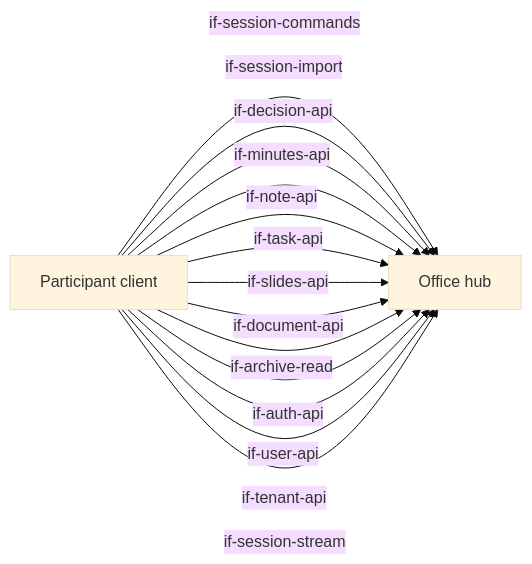
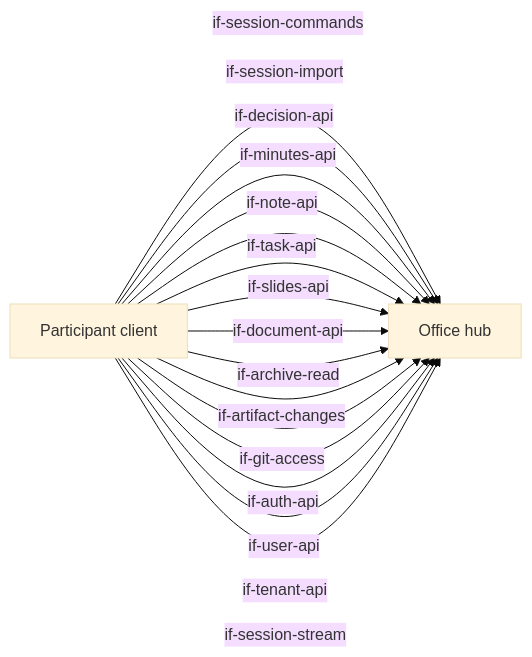
Before and after one commit to mrsimpson/agentic-office: the first of 3 diagrams in docs/architecture/05-building-blocks.arc42.md, drawn with Mermaid (base theme). The commit also changed other lines of this file and 117 other files, not shown here.

First line of the commit message:
feat!: artifacts reach the participant's computer through Git (dec-artifact-sync) (#145)

````diff
--- a/docs/architecture/05-building-blocks.arc42.md
+++ b/docs/architecture/05-building-blocks.arc42.md
@@ -25,18 +25,20 @@
 ```mermaid
 flowchart LR
     bb_office_hub[Office hub]
     bb_participant_client[Participant client]
     bb_participant_client -->|if-session-commands| bb_office_hub
     bb_participant_client -->|if-session-import| bb_office_hub
     bb_participant_client -->|if-decision-api| bb_office_hub
     bb_participant_client -->|if-minutes-api| bb_office_hub
     bb_participant_client -->|if-note-api| bb_office_hub
     bb_participant_client -->|if-task-api| bb_office_hub
     bb_participant_client -->|if-slides-api| bb_office_hub
     bb_participant_client -->|if-document-api| bb_office_hub
     bb_participant_client -->|if-archive-read| bb_office_hub
+    bb_participant_client -->|if-artifact-changes| bb_office_hub
+    bb_participant_client -->|if-git-access| bb_office_hub
     bb_participant_client -->|if-auth-api| bb_office_hub
     bb_participant_client -->|if-user-api| bb_office_hub
     bb_participant_client -->|if-tenant-api| bb_office_hub
     bb_participant_client -->|if-session-stream| bb_office_hub
 ```
````
